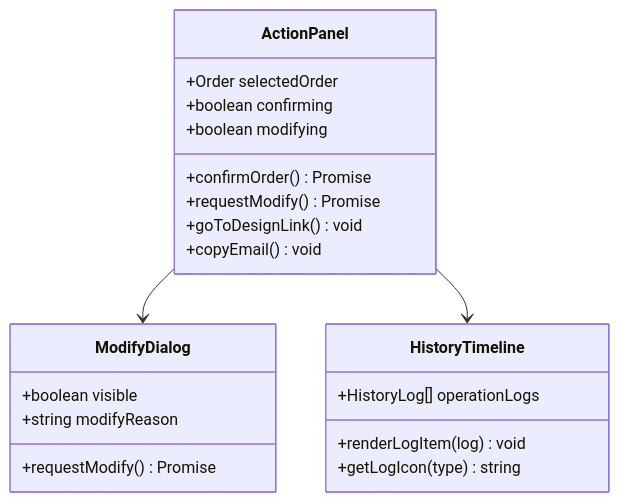
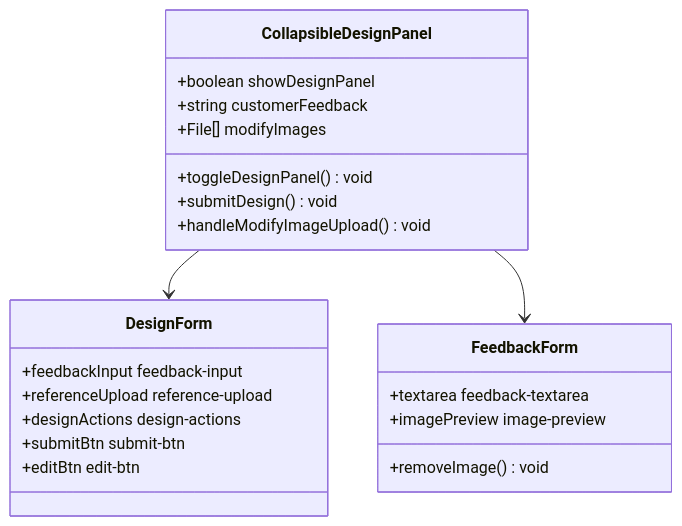
Before and after one commit to SY6621/POD-Order-Management: the fourth of 18 diagrams in .qoder/repowiki/zh/content/开发指南/客服外链左侧栏模板.md, drawn with Mermaid. The commit also changed other lines of this file and 7 other files, not shown here.

````diff
--- a/.qoder/repowiki/zh/content/开发指南/客服外链左侧栏模板.md
+++ b/.qoder/repowiki/zh/content/开发指南/客服外链左侧栏模板.md
@@ -160,24 +162,25 @@
 ```mermaid
 classDiagram
-class ActionPanel {
-+Order selectedOrder
-+boolean confirming
-+boolean modifying
-+confirmOrder() Promise
-+requestModify() Promise
-+goToDesignLink() void
-+copyEmail() void
+class CollapsibleDesignPanel {
++boolean showDesignPanel
++string customerFeedback
++File[] modifyImages
++toggleDesignPanel() void
++submitDesign() void
++handleModifyImageUpload() void
 }
-class ModifyDialog {
-+boolean visible
-+string modifyReason
-+requestModify() Promise
+class DesignForm {
++feedbackInput feedback-input
++referenceUpload reference-upload
++designActions design-actions
++submitBtn submit-btn
++editBtn edit-btn
 }
-class HistoryTimeline {
-+HistoryLog[] operationLogs
-+renderLogItem(log) void
-+getLogIcon(type) string
+class FeedbackForm {
++textarea feedback-textarea
++imagePreview image-preview
++removeImage() void
 }
-ActionPanel --> ModifyDialog
-ActionPanel --> HistoryTimeline
+CollapsibleDesignPanel --> DesignForm
+CollapsibleDesignPanel --> FeedbackForm
 ```
````
